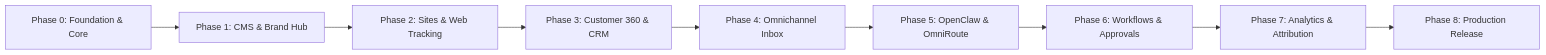
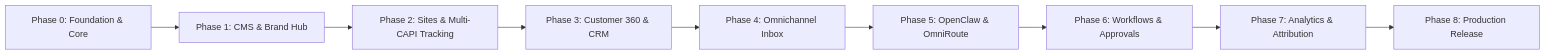
One commit to trongbaoprime-png/luoi-cms changed the diagram in docs/MASTER-ROADMAP.md. Above: the diagram before and after it, drawn with Mermaid. The commit also changed other lines of this file and 85 other files, not shown here.

````diff
--- a/docs/MASTER-ROADMAP.md
+++ b/docs/MASTER-ROADMAP.md
@@ -11,11 +13,11 @@
 ```mermaid
 flowchart LR
     P0[Phase 0: Foundation & Core] --> P1[Phase 1: CMS & Brand Hub]
-    P1 --> P2[Phase 2: Sites & Web Tracking]
+    P1 --> P2[Phase 2: Sites & Multi-CAPI Tracking]
     P2 --> P3[Phase 3: Customer 360 & CRM]
     P3 --> P4[Phase 4: Omnichannel Inbox]
     P4 --> P5[Phase 5: OpenClaw & OmniRoute]
     P5 --> P6[Phase 6: Workflows & Approvals]
     P6 --> P7[Phase 7: Analytics & Attribution]
     P7 --> P8[Phase 8: Production Release]
 ```
````
